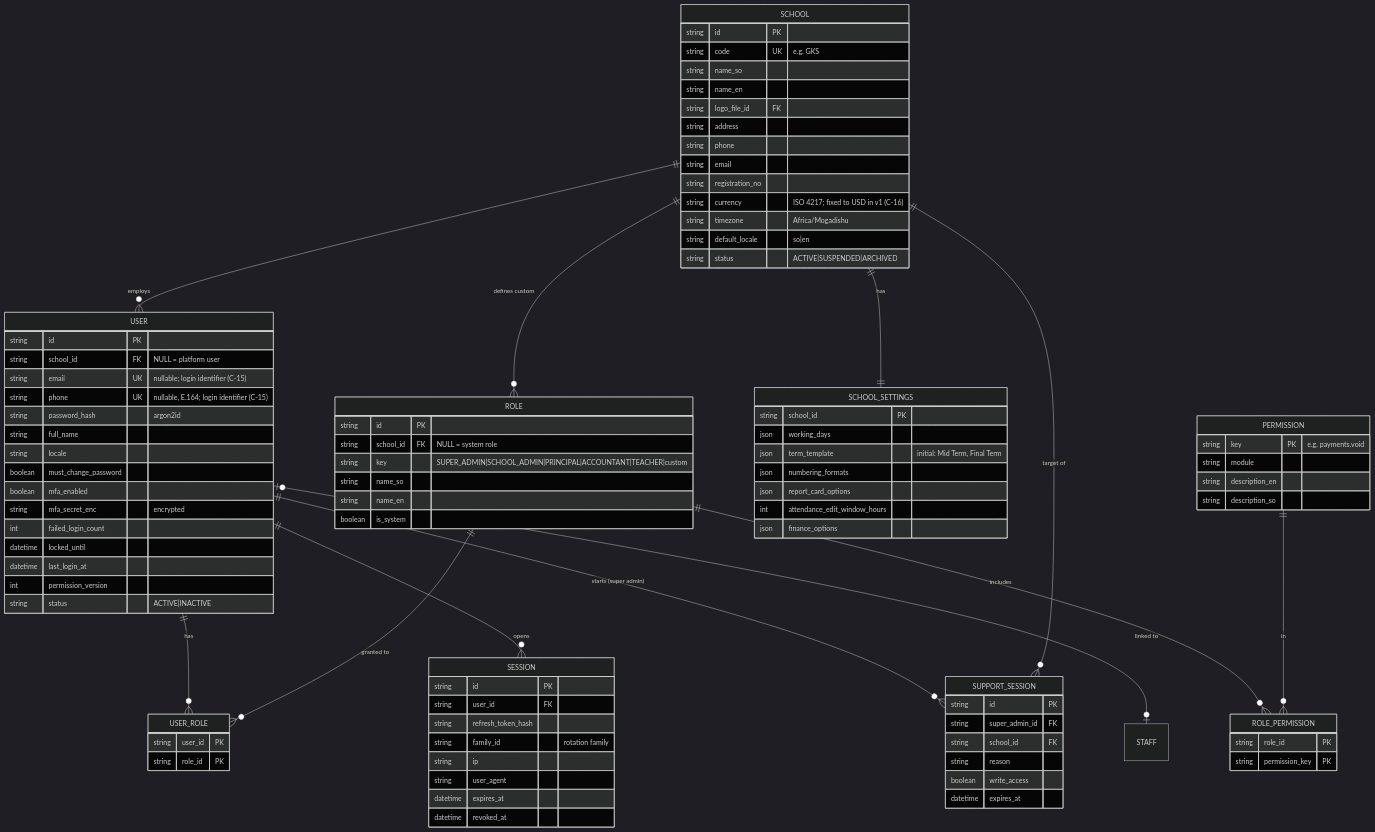
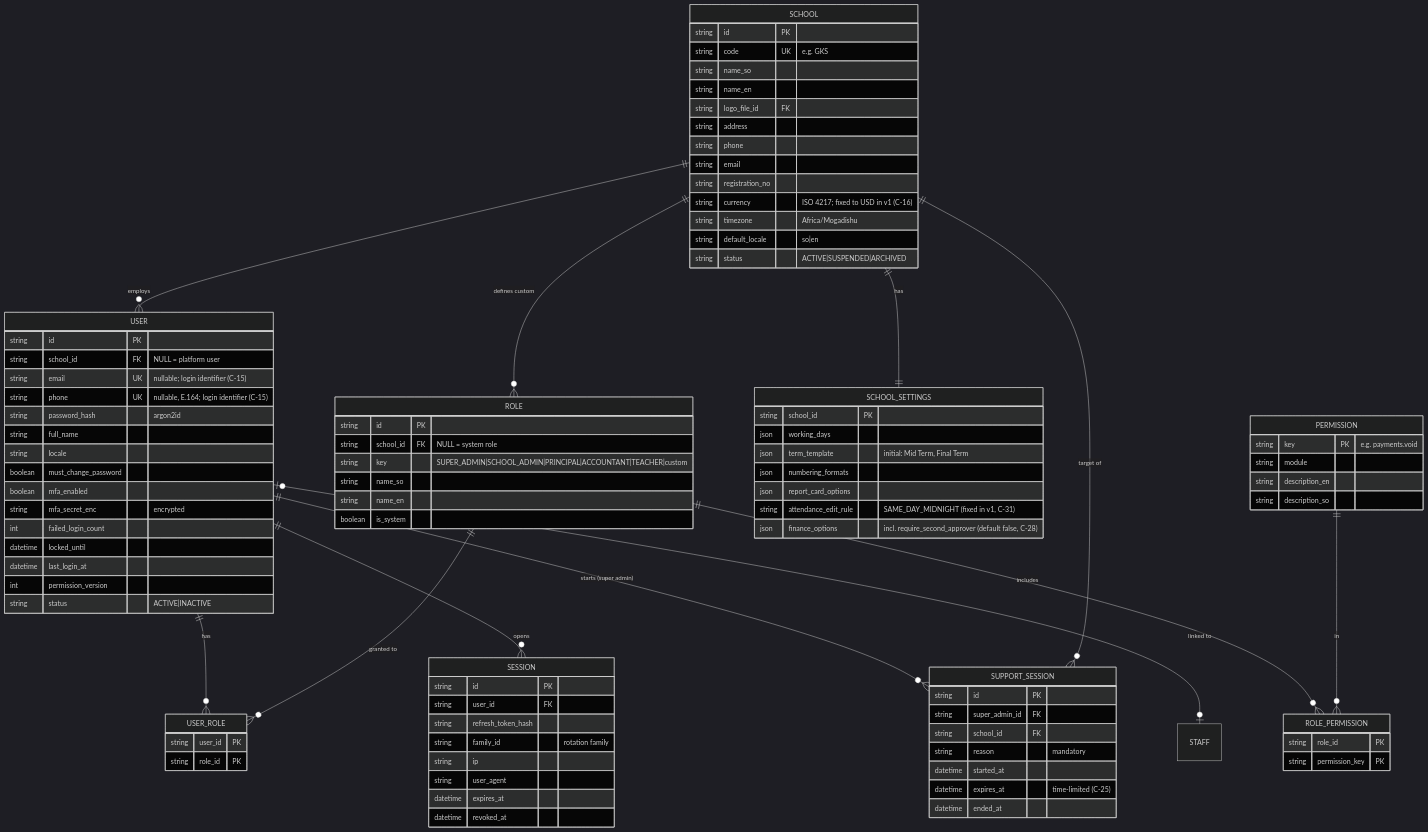
The second of 10 diagrams in docs/phase-1/03-database-erd.md (ismacil87/Gol-khatumo), drawn with Mermaid (dark theme) before and after one commit. The commit also changed other lines of this file and 10 other files, not shown here.

````diff
--- a/docs/phase-1/03-database-erd.md
+++ b/docs/phase-1/03-database-erd.md
@@ -69,8 +69,8 @@
     json term_template "initial: Mid Term, Final Term"
     json numbering_formats
     json report_card_options
-    int attendance_edit_window_hours
-    json finance_options
+    string attendance_edit_rule "SAME_DAY_MIDNIGHT (fixed in v1, C-31)"
+    json finance_options "incl. require_second_approver (default false, C-28)"
   }
   USER {
     string id PK
@@ -125,8 +125,9 @@
     string id PK
     string super_admin_id FK
     string school_id FK
-    string reason
-    boolean write_access
-    datetime expires_at
+    string reason "mandatory"
+    datetime started_at
+    datetime expires_at "time-limited (C-25)"
+    datetime ended_at
   }
 ```
````
